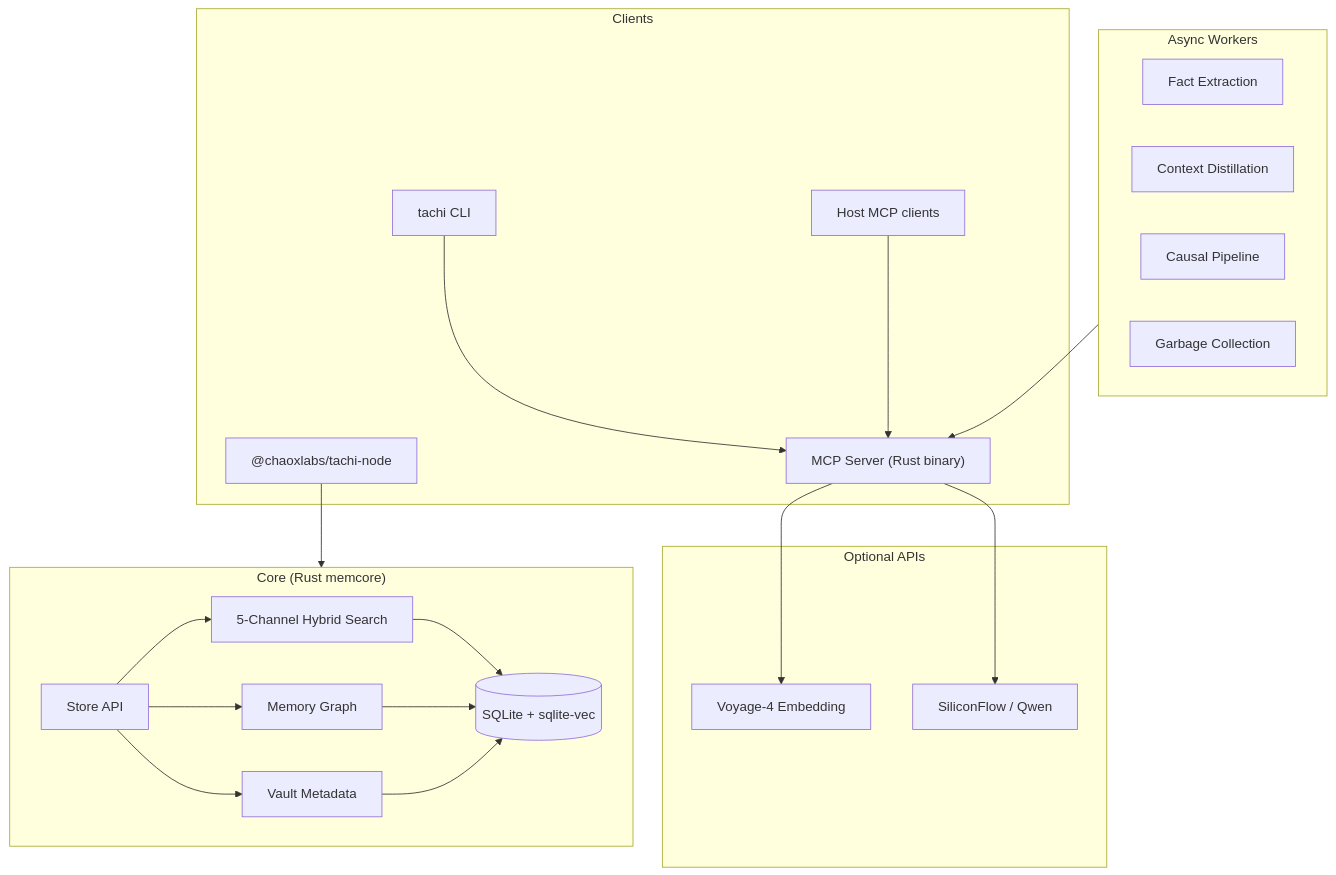
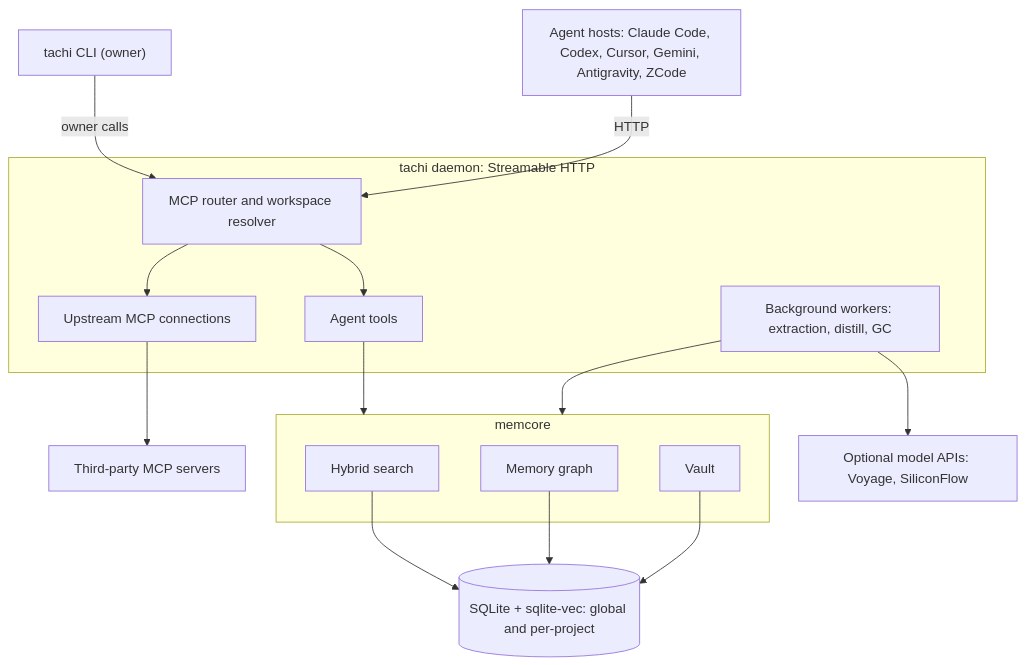
The diagram in README.md (kckylechen1/Tachi), drawn with Mermaid before and after one commit. The commit also changed other lines of this file and 4 other files, not shown here.

````diff
--- a/README.md
+++ b/README.md
@@ -281,43 +207,34 @@
 ```mermaid
 graph TD
-    subgraph Clients["Clients"]
-        CLI["tachi CLI"]
-        RMCP["MCP Server (Rust binary)"]
-        Node["@chaoxlabs/tachi-node"]
-        Hosts["Host MCP clients"]
+    Hosts["Agent hosts: Claude Code, Codex, Cursor, Gemini, Antigravity, ZCode"]
+    CLI["tachi CLI (owner)"]
+    Upstream["Third-party MCP servers"]
+    APIs["Optional model APIs: Voyage, SiliconFlow"]
+
+    subgraph Daemon["tachi daemon: Streamable HTTP"]
+        Router["MCP router and workspace resolver"]
+        Tools["Agent tools"]
+        Gateway["Upstream MCP connections"]
+        Workers["Background workers: extraction, distill, GC"]
     end
 
-    subgraph Cloud["Optional APIs"]
-        VOYAGE["Voyage-4 Embedding"]
-        SILICON["SiliconFlow / Qwen"]
+    subgraph Core["memcore"]
+        Search["Hybrid search"]
+        Graph["Memory graph"]
+        Vault["Vault"]
     end
 
-    subgraph Workers["Async Workers"]
-        EXTRACT["Fact Extraction"]
-        DISTILL["Context Distillation"]
-        CAUSAL["Causal Pipeline"]
-        GC["Garbage Collection"]
-    end
+    DB[("SQLite + sqlite-vec: global and per-project")]
 
-    subgraph Core["Core (Rust memcore)"]
-        API["Store API"]
-        SEARCH["5-Channel Hybrid Search"]
-        GRAPH["Memory Graph"]
-        VAULT["Vault Metadata"]
-        API --> SEARCH
-        API --> GRAPH
-        API --> VAULT
-        SEARCH --> DB
-        GRAPH --> DB
-        VAULT --> DB
-    end
-
-    DB[(SQLite + sqlite-vec)]
-
-    RMCP --> VOYAGE
-    RMCP --> SILICON
-    CLI --> RMCP
-    Hosts --> RMCP
-    Node --> Core
-    Workers --> RMCP
+    Hosts -->|HTTP| Router
+    CLI -->|owner calls| Router
+    Router --> Tools
+    Router --> Gateway
+    Gateway --> Upstream
+    Tools --> Core
+    Workers --> Core
+    Workers --> APIs
+    Search --> DB
+    Graph --> DB
+    Vault --> DB
 ```
````
